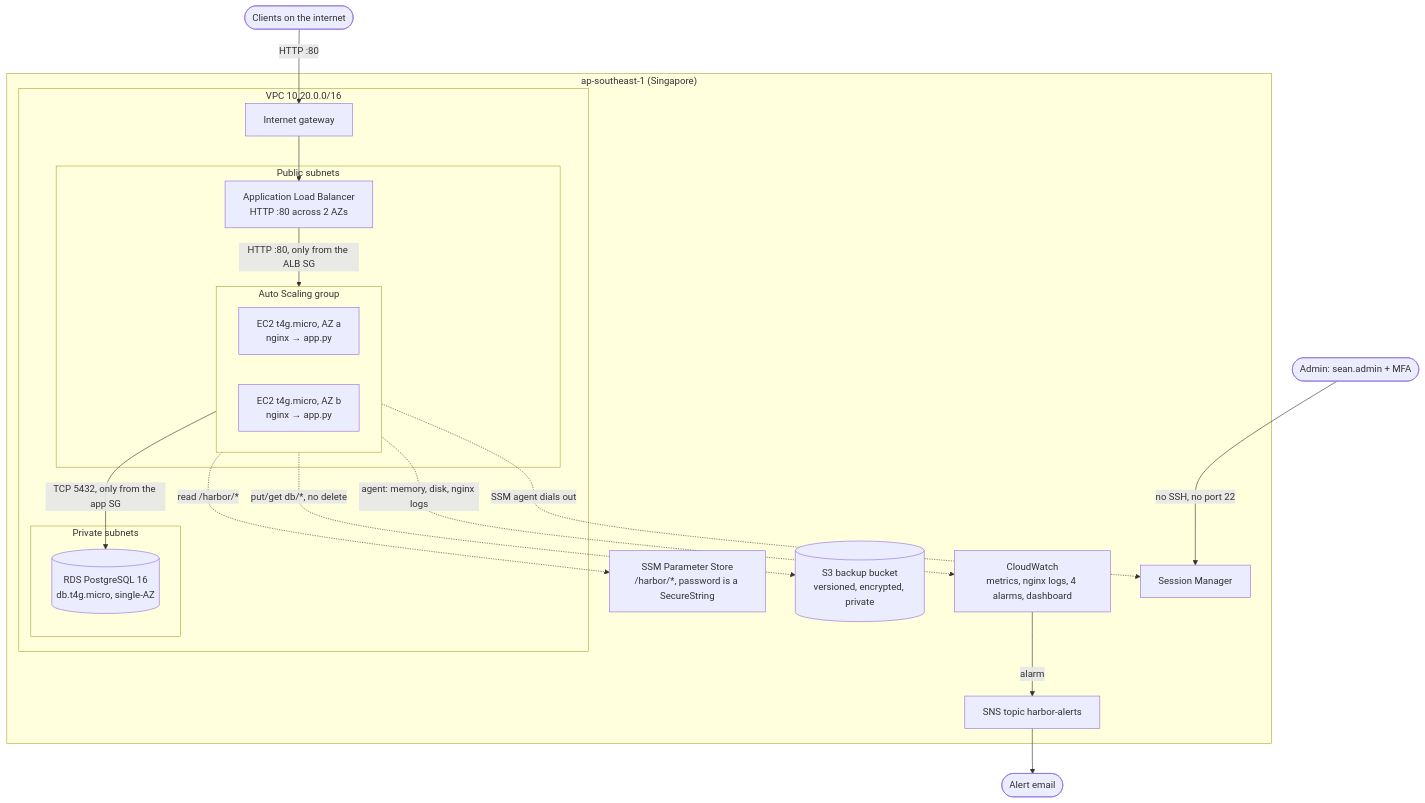
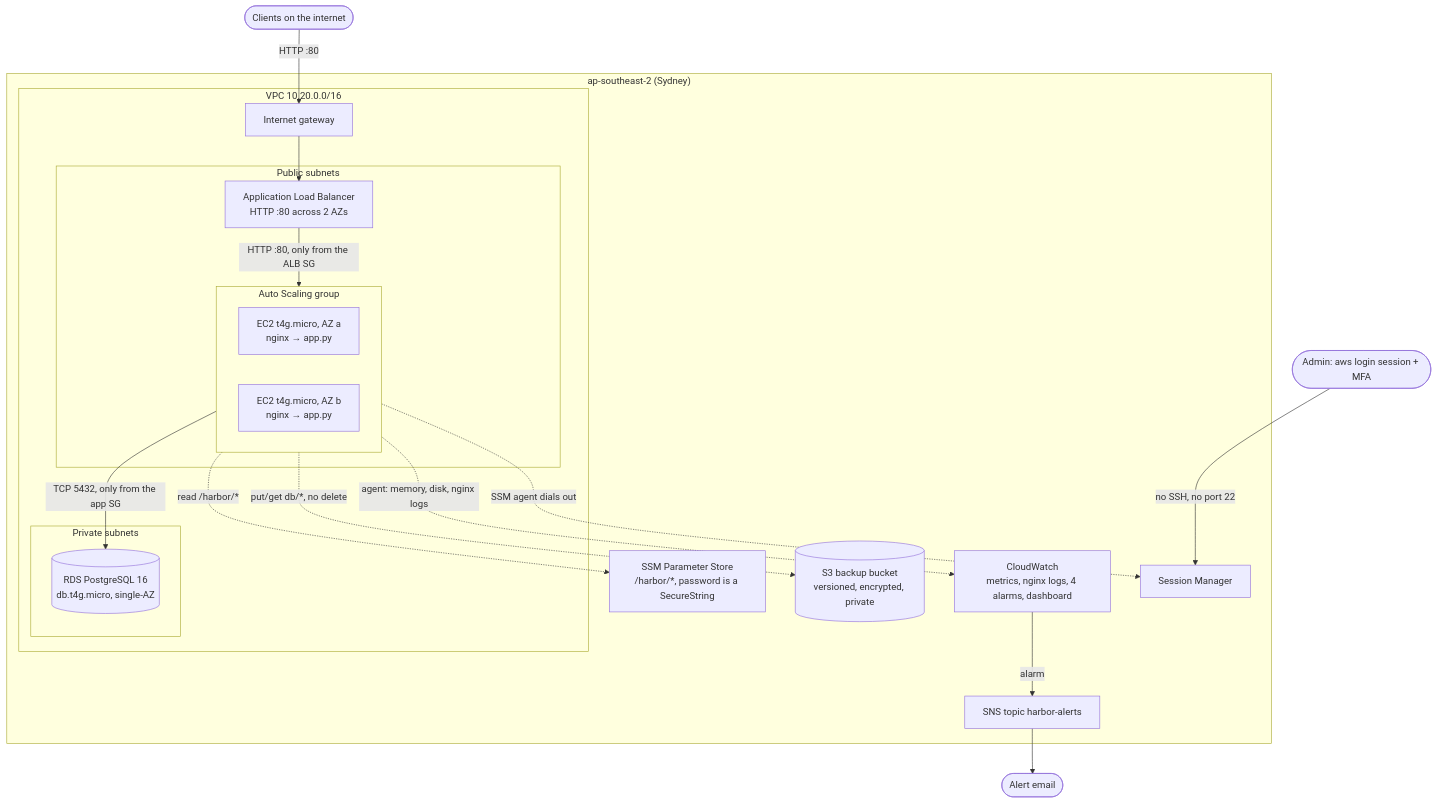
One commit to deadnme/aws-cloud-homelab changed the diagram in README.md. Above: the diagram before and after it, drawn with Mermaid. The commit also changed other lines of this file and 22 other files, not shown here.

First line of the commit message:
Update the lab for the new AWS experience and Sydney

````diff
--- a/README.md
+++ b/README.md
@@ -25,37 +25,37 @@
 ```mermaid
 flowchart TB
     clients(["Clients on the internet"])
-    admin(["Admin: sean.admin + MFA"])
+    admin(["Admin: aws login session + MFA"])
     email(["Alert email"])
 
-    subgraph region["ap-southeast-1 (Singapore)"]
+    subgraph region["ap-southeast-2 (Sydney)"]
         subgraph vpc["VPC 10.20.0.0/16"]
             igw["Internet gateway"]
             subgraph public["Public subnets"]
                 alb["Application Load Balancer<br/>HTTP :80 across 2 AZs"]
                 subgraph asg["Auto Scaling group"]
                     ec2a["EC2 t4g.micro, AZ a<br/>nginx → app.py"]
                     ec2b["EC2 t4g.micro, AZ b<br/>nginx → app.py"]
                 end
             end
             subgraph private["Private subnets"]
                 rds[("RDS PostgreSQL 16<br/>db.t4g.micro, single-AZ")]
             end
         end
         ssm["SSM Parameter Store<br/>/harbor/*, password is a SecureString"]
         s3[("S3 backup bucket<br/>versioned, encrypted, private")]
         cw["CloudWatch<br/>metrics, nginx logs, 4 alarms, dashboard"]
         sns["SNS topic harbor-alerts"]
         sm["Session Manager"]
     end
 
     clients -->|"HTTP :80"| igw --> alb
     alb -->|"HTTP :80, only from the ALB SG"| asg
     asg -->|"TCP 5432, only from the app SG"| rds
     asg -.->|"read /harbor/*"| ssm
     asg -.->|"put/get db/*, no delete"| s3
     asg -.->|"agent: memory, disk, nginx logs"| cw
     cw -->|"alarm"| sns --> email
     admin -->|"no SSH, no port 22"| sm
     asg -.->|"SSM agent dials out"| sm
 ```
````
